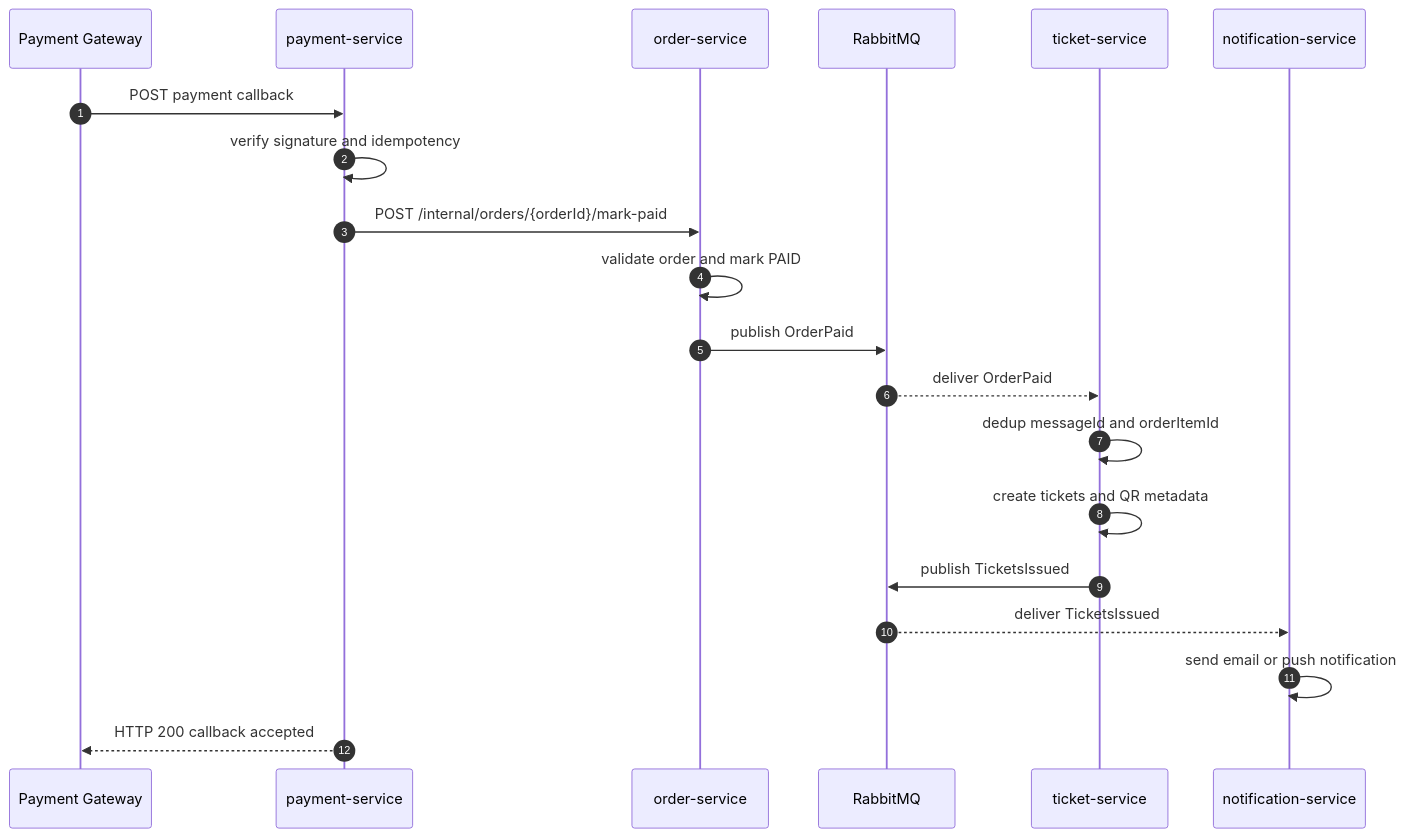
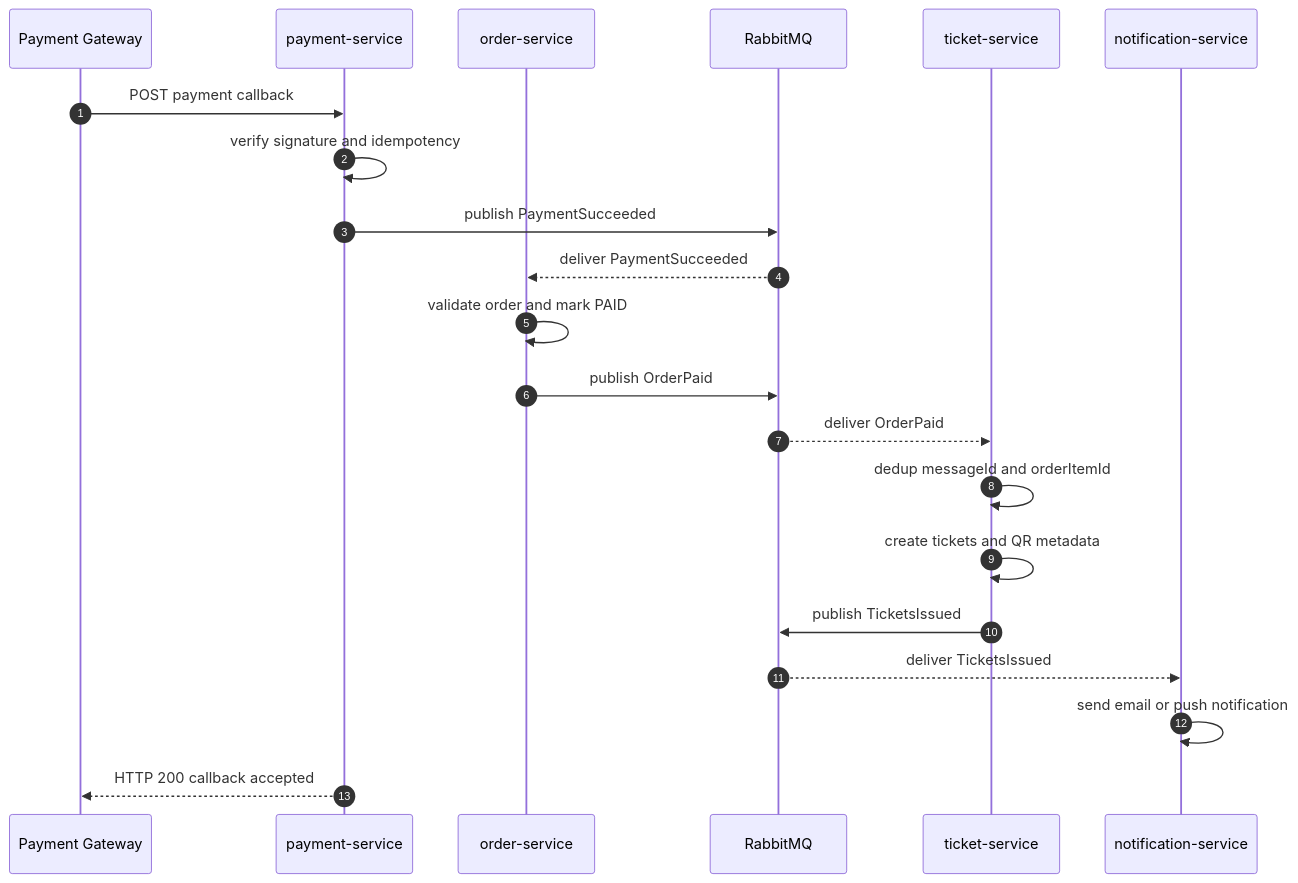
One commit to software-design-138gogo/tickefy-backend changed the first of 3 diagrams in docs/contracts/flows/payment-ticket-flow.md. Above: the diagram before and after it, drawn with Mermaid. The commit also changed other lines of this file and 17 other files, not shown here.

````diff
--- a/docs/contracts/flows/payment-ticket-flow.md
+++ b/docs/contracts/flows/payment-ticket-flow.md
@@ -45,23 +45,24 @@
 ```mermaid
 sequenceDiagram
     autonumber
     participant Gateway as Payment Gateway
     participant Payment as payment-service
     participant Order as order-service
     participant MQ as RabbitMQ
     participant Ticket as ticket-service
     participant Notification as notification-service
 
     Gateway->>Payment: POST payment callback
     Payment->>Payment: verify signature and idempotency
-    Payment->>Order: POST /internal/orders/{orderId}/mark-paid
+    Payment->>MQ: publish PaymentSucceeded
+    MQ-->>Order: deliver PaymentSucceeded
     Order->>Order: validate order and mark PAID
     Order->>MQ: publish OrderPaid
     MQ-->>Ticket: deliver OrderPaid
     Ticket->>Ticket: dedup messageId and orderItemId
     Ticket->>Ticket: create tickets and QR metadata
     Ticket->>MQ: publish TicketsIssued
     MQ-->>Notification: deliver TicketsIssued
     Notification->>Notification: send email or push notification
     Payment-->>Gateway: HTTP 200 callback accepted
 ```
````
